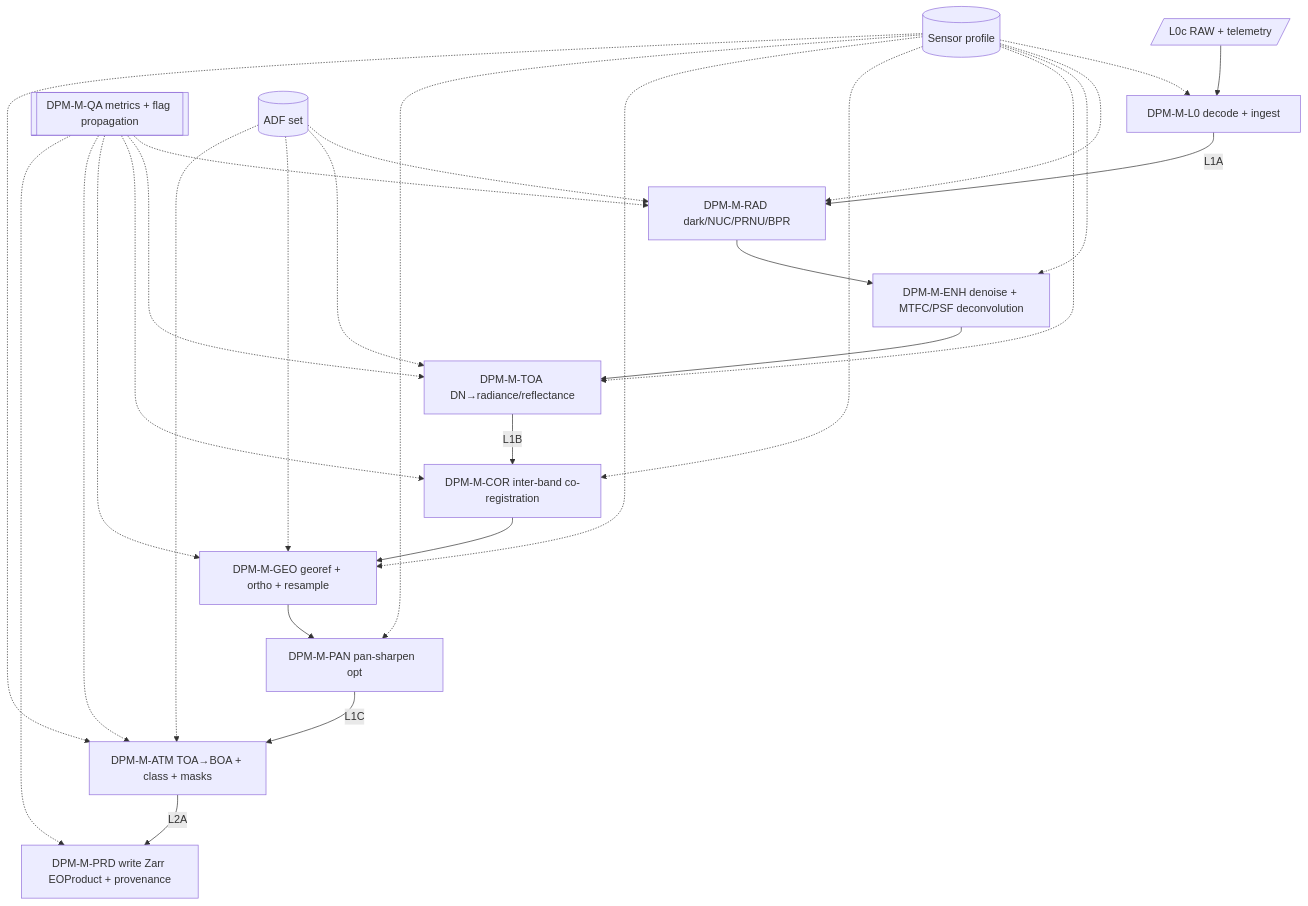
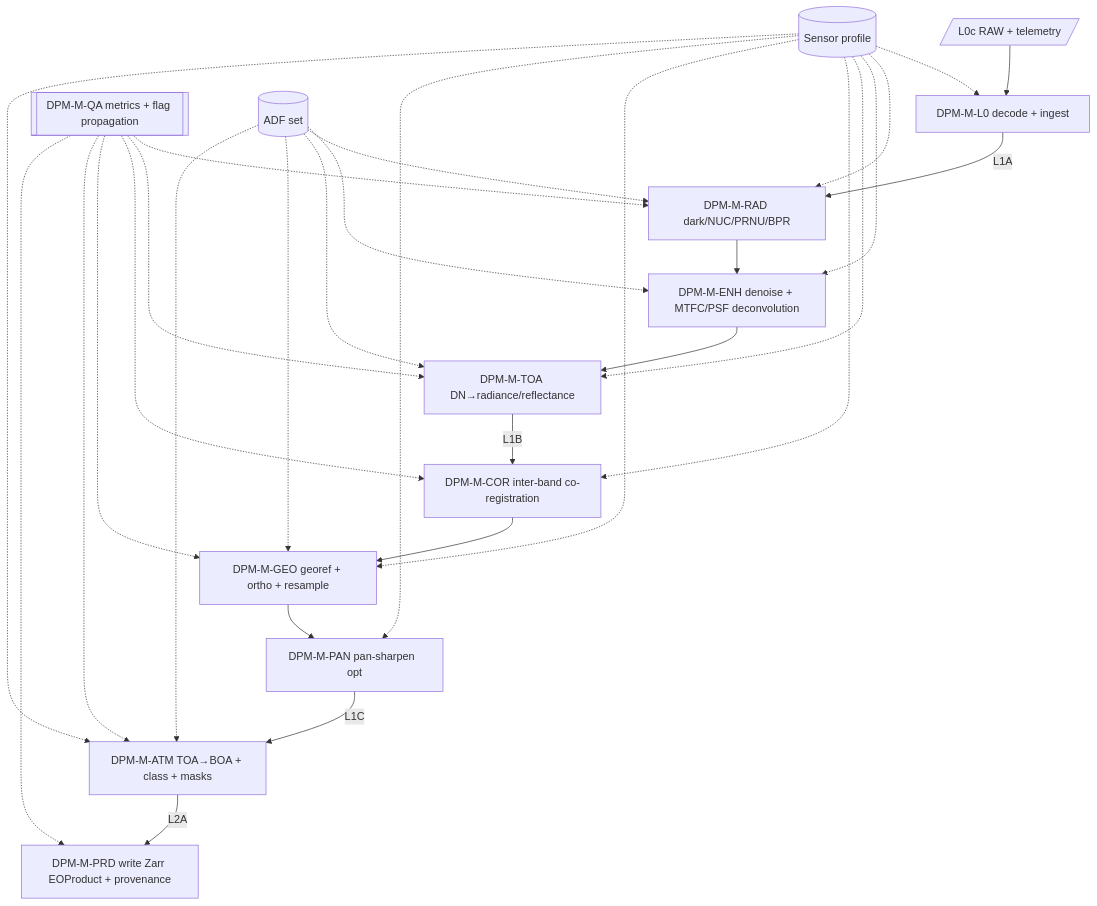
One commit to AstroCan17/msi-processor changed the second of 10 diagrams in compliance/drd/dpm-data-processing-model.md. Above: the diagram before and after it, drawn with Mermaid. The commit also changed other lines of this file and 2 other files, not shown here.

First line of the commit message:
change(cr3): declare mandatory PSF/MTF-kernel ADF (DPM-ADF-PSF) in DPM/ICD/SDD

````diff
--- a/compliance/drd/dpm-data-processing-model.md
+++ b/compliance/drd/dpm-data-processing-model.md
@@ -227,15 +227,15 @@
 ```mermaid
 flowchart TD
   L0c[/L0c RAW + telemetry/] --> M0[DPM-M-L0 decode + ingest]
   M0 -->|L1A| MR[DPM-M-RAD dark/NUC/PRNU/BPR]
   MR --> ME[DPM-M-ENH denoise + MTFC/PSF deconvolution]
   ME --> MT[DPM-M-TOA DN→radiance/reflectance]
   MT -->|L1B| MC[DPM-M-COR inter-band co-registration]
   MC --> MG[DPM-M-GEO georef + ortho + resample]
   MG --> MP[DPM-M-PAN pan-sharpen  opt]
   MP -->|L1C| MA[DPM-M-ATM TOA→BOA + class + masks]
   MA -->|L2A| W[DPM-M-PRD write Zarr EOProduct + provenance]
   QA[[DPM-M-QA metrics + flag propagation]] -.-> MR & MT & MC & MG & MA & W
-  ADF[(ADF set)] -.-> MR & MT & MG & MA
+  ADF[(ADF set)] -.-> MR & ME & MT & MG & MA
   PROF[(Sensor profile)] -.-> M0 & MR & ME & MT & MC & MG & MP & MA
 ```
````
